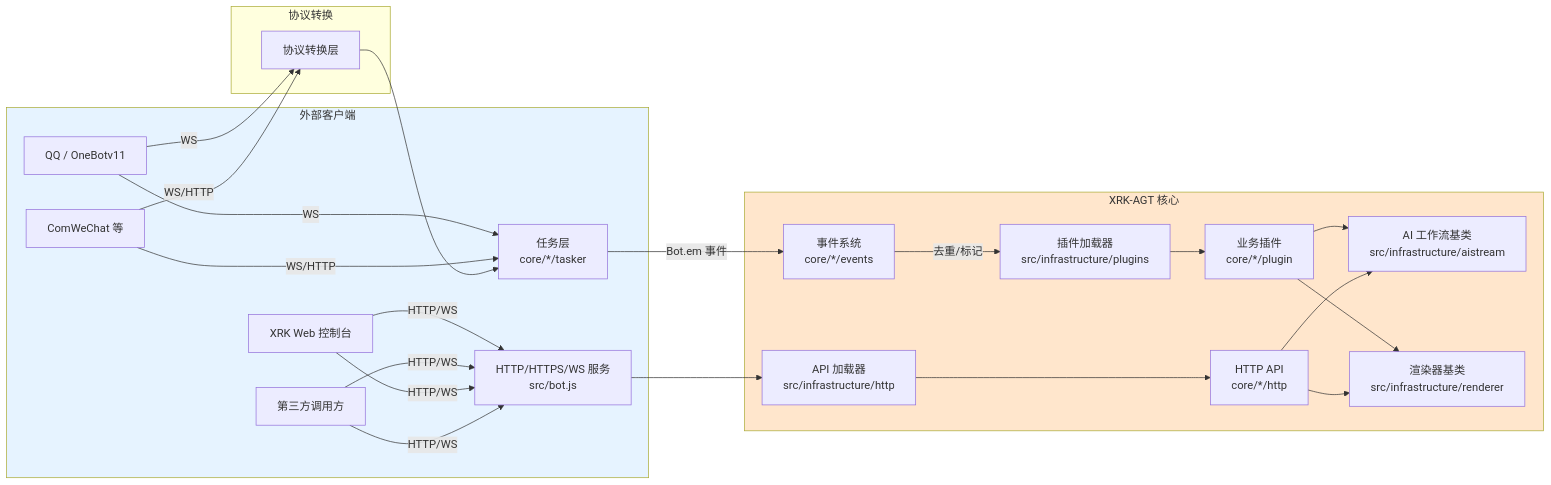
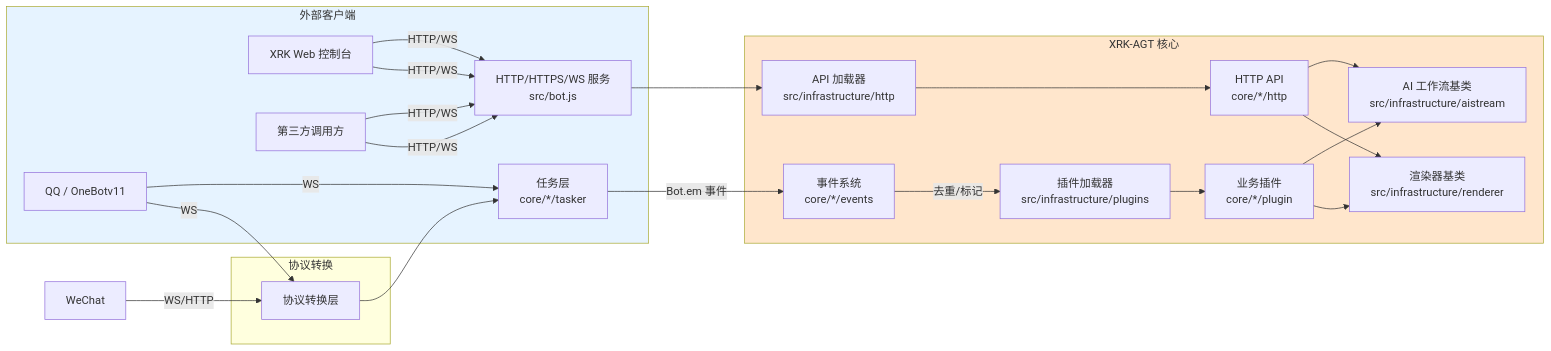
One commit to sunflowermm/XRK-AGT changed the second of 9 diagrams in docs/完整文档.md. Above: the diagram before and after it, drawn with Mermaid. The commit also changed other lines of this file and 13 other files, not shown here.

````diff
--- a/docs/完整文档.md
+++ b/docs/完整文档.md
@@ -95,44 +95,43 @@
 ```mermaid
 flowchart LR
     subgraph Clients["外部客户端"]
       QQ["QQ / OneBotv11"] -->|WS| Taskers
-      WeChat["ComWeChat 等"] -->|WS/HTTP| Taskers
       WebUI["XRK Web 控制台"] -->|HTTP/WS| Express
       ThirdAPI["第三方调用方"] -->|HTTP/WS| Express
     end
 
     subgraph Protocol["协议转换"]
       ProtocolConv["协议转换层"]
     end
 
     subgraph Core["XRK-AGT 核心"]
       Express["HTTP/HTTPS/WS 服务<br/>src/bot.js"]
       Taskers["任务层<br/>core/*/tasker"]
       EventSystem["事件系统<br/>core/*/events"]
       PluginsLoader["插件加载器<br/>src/infrastructure/plugins"]
       ApiLoader["API 加载器<br/>src/infrastructure/http"]
       Plugins["业务插件<br/>core/*/plugin"]
       HttpApis["HTTP API<br/>core/*/http"]
       AIStream["AI 工作流基类<br/>src/infrastructure/aistream"]
       Renderer["渲染器基类<br/>src/infrastructure/renderer"]
     end
 
     QQ -->|WS| ProtocolConv
     WeChat -->|WS/HTTP| ProtocolConv
     WebUI -->|HTTP/WS| Express
     ThirdAPI -->|HTTP/WS| Express
     
     ProtocolConv --> Taskers
     Taskers -->|Bot.em 事件| EventSystem
     EventSystem -->|去重/标记| PluginsLoader
     Express --> ApiLoader
     ApiLoader --> HttpApis
     PluginsLoader --> Plugins
     Plugins --> AIStream
     Plugins --> Renderer
     HttpApis --> AIStream
     HttpApis --> Renderer
     
     style Clients fill:#E6F3FF
     style Core fill:#FFE6CC
 ```
````
